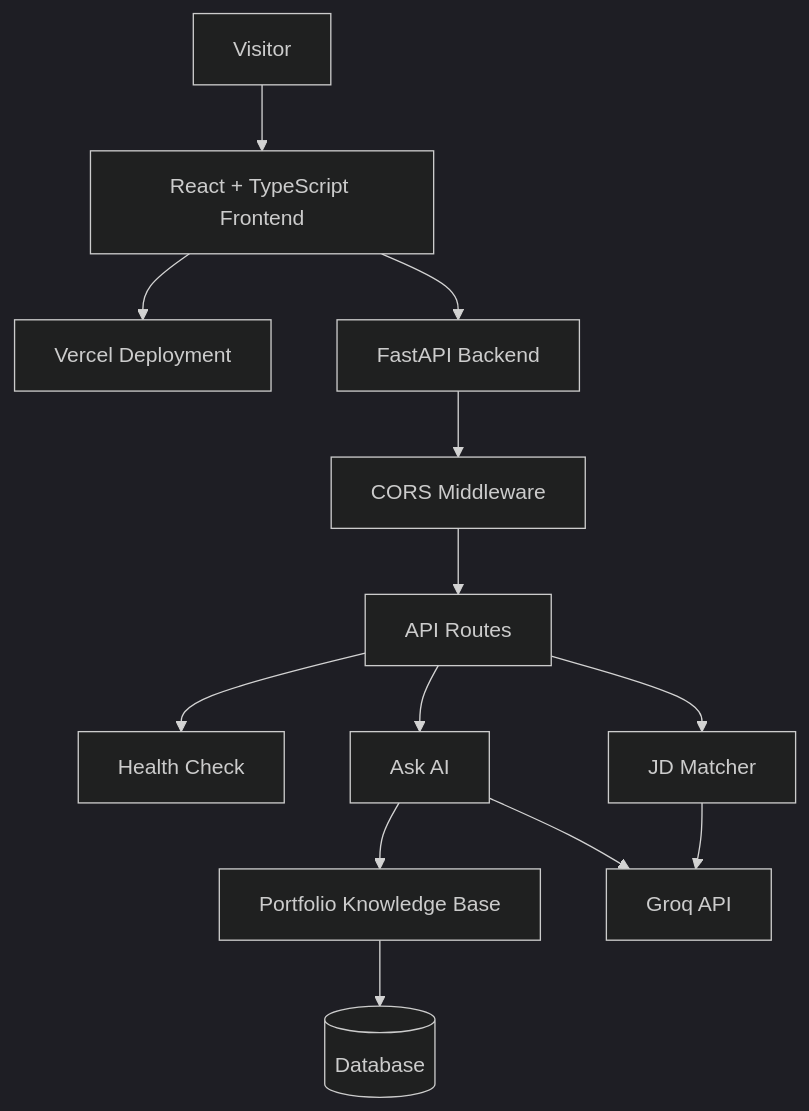
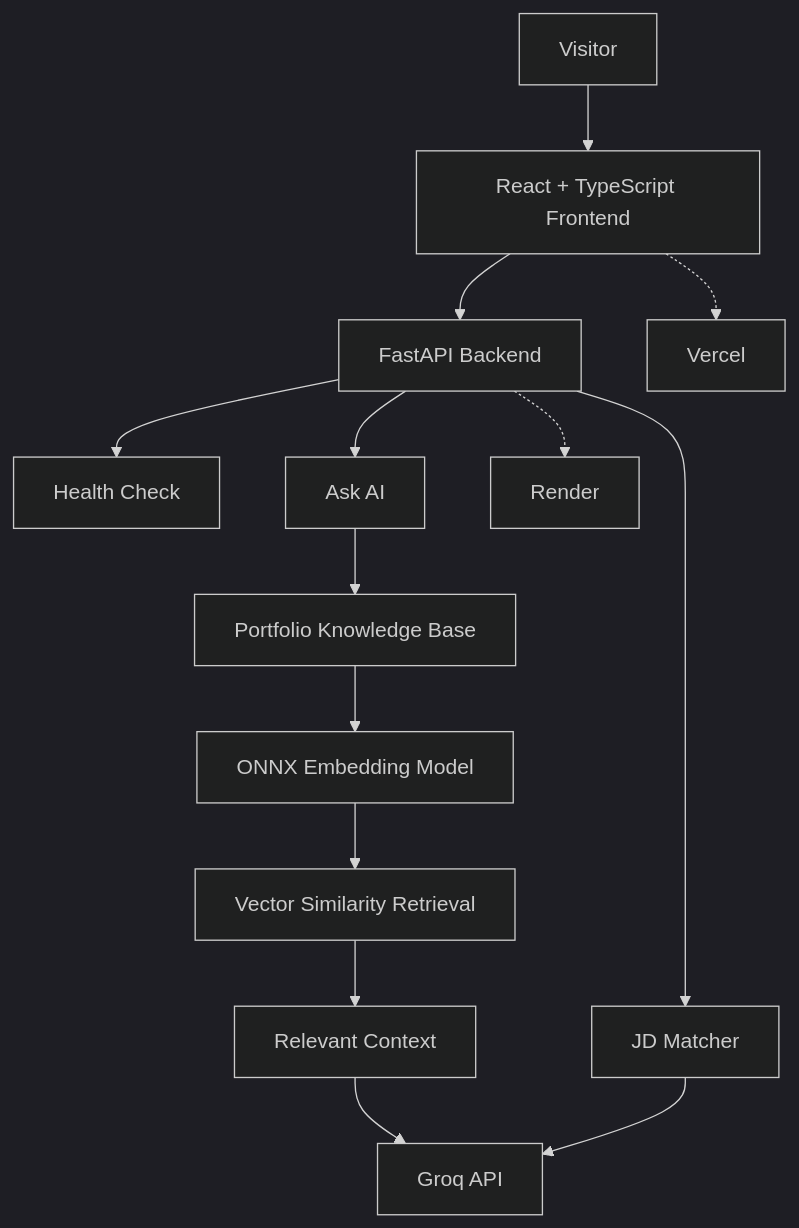
Before and after one commit to csequenc/portfolio: the diagram in README.md, drawn with Mermaid (dark theme). The commit also changed other lines of this file, not shown here.

````diff
--- a/README.md
+++ b/README.md
@@ -52,19 +52,20 @@
 ```mermaid
 flowchart TD
     U["Visitor"] --> F["React + TypeScript Frontend"]
-    F --> V["Vercel Deployment"]
+    F --> API["FastAPI Backend"]
 
-    F --> API["FastAPI Backend"]
-    API --> C["CORS Middleware"]
-    C --> R["API Routes"]
-
-    R --> H["Health Check"]
-    R --> JD["JD Matcher"]
-    R --> AI["Ask AI"]
+    API --> H["Health Check"]
+    API --> JD["JD Matcher"]
+    API --> AI["Ask AI"]
 
     AI --> K["Portfolio Knowledge Base"]
-    K --> DB[("Database")]
+    K --> E["ONNX Embedding Model"]
+    E --> V["Vector Similarity Retrieval"]
+    V --> C["Relevant Context"]
+    C --> G["Groq API"]
 
-    AI --> G["Groq API"]
     JD --> G
+
+    F -.-> VF["Vercel"]
+    API -.-> RD["Render"]
 ```
````
